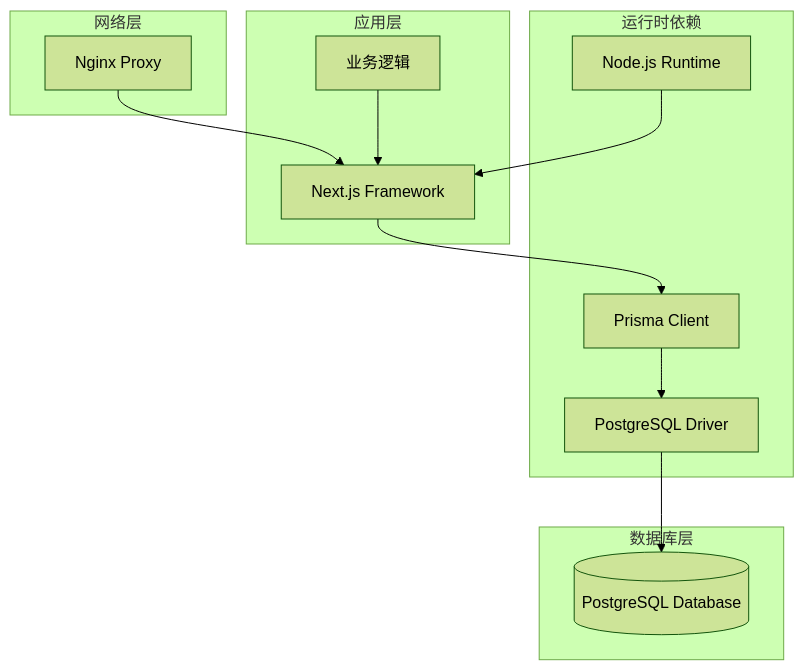
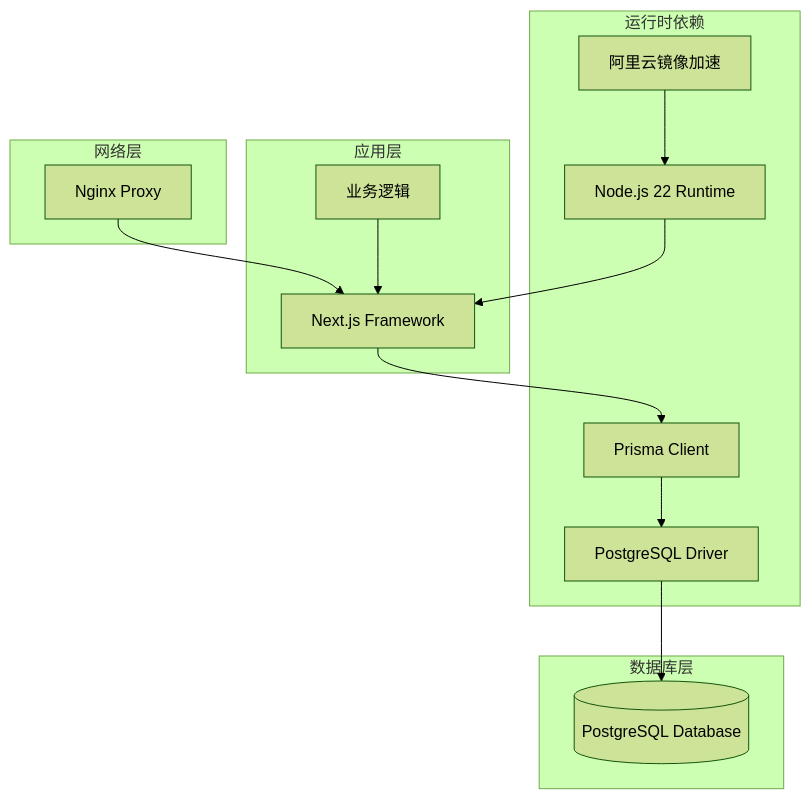
The seventh of 8 diagrams in .qoder/repowiki/zh/content/部署配置/Docker容器化部署.md (three3638-arch/celestia_2b), drawn with Mermaid (forest theme) before and after one commit. The commit also changed other lines of this file and 17 other files, not shown here.

````diff
--- a/.qoder/repowiki/zh/content/部署配置/Docker容器化部署.md
+++ b/.qoder/repowiki/zh/content/部署配置/Docker容器化部署.md
@@ -266,24 +347,26 @@
 ```mermaid
 graph TB
 subgraph "运行时依赖"
-NODE[Node.js Runtime]
+NODE[Node.js 22 Runtime]
 PG[PostgreSQL Driver]
 PRISMA[Prisma Client]
+ALIYUN[阿里云镜像加速]
 end
 subgraph "应用层"
 NEXTJS[Next.js Framework]
 APP[业务逻辑]
 end
 subgraph "数据库层"
 DB[(PostgreSQL Database)]
 end
 subgraph "网络层"
 NGINX[Nginx Proxy]
 end
 NODE --> NEXTJS
 NEXTJS --> PRISMA
 PRISMA --> PG
 PG --> DB
 NGINX --> NEXTJS
 APP --> NEXTJS
+ALIYUN --> NODE
 ```
````
